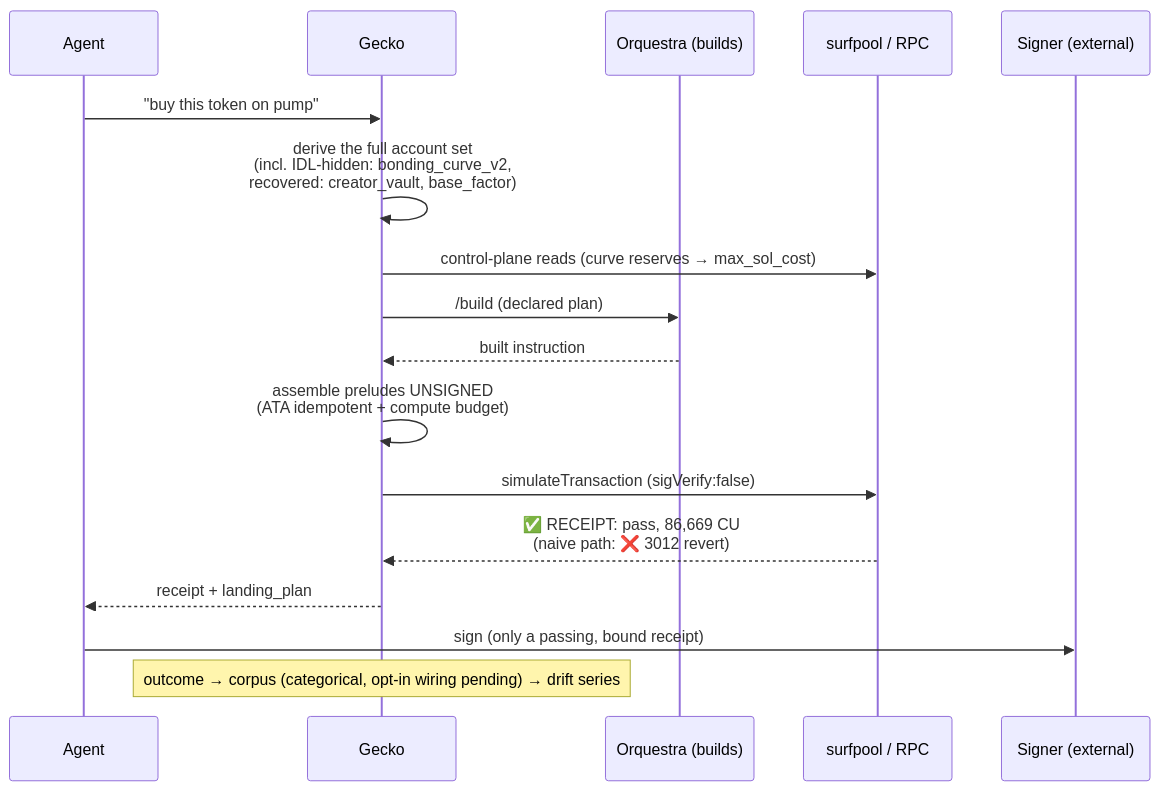
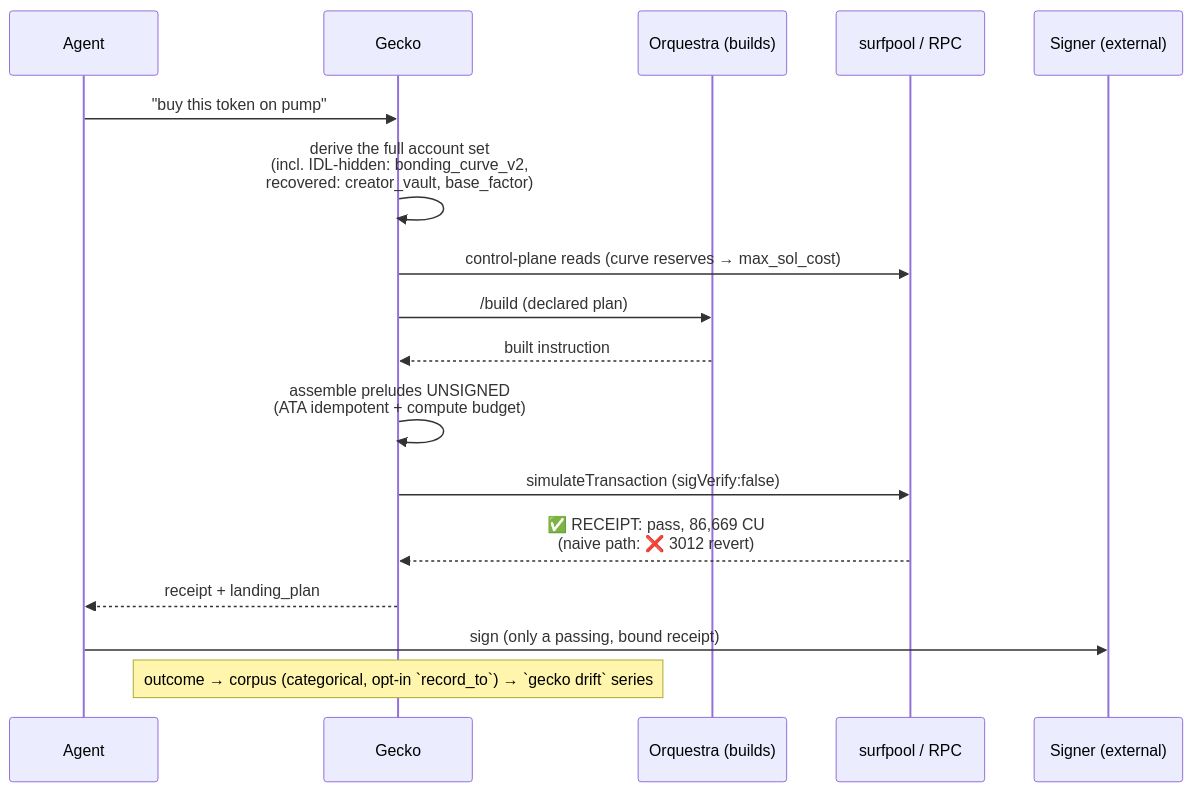
The third of 3 diagrams in docs/architecture.md (GeckoVision/gecko-surf), drawn with Mermaid before and after one commit. The commit also changed other lines of this file and 13 other files, not shown here.

````diff
--- a/docs/architecture.md
+++ b/docs/architecture.md
@@ -120,20 +120,20 @@
 ```mermaid
 sequenceDiagram
     participant A as Agent
     participant G as Gecko
     participant O as Orquestra (builds)
     participant S as surfpool / RPC
     participant W as Signer (external)
 
     A->>G: "buy this token on pump"
     G->>G: derive the full account set<br/>(incl. IDL-hidden: bonding_curve_v2,<br/>recovered: creator_vault, base_factor)
     G->>S: control-plane reads (curve reserves → max_sol_cost)
     G->>O: /build (declared plan)
     O-->>G: built instruction
     G->>G: assemble preludes UNSIGNED<br/>(ATA idempotent + compute budget)
     G->>S: simulateTransaction (sigVerify:false)
     S-->>G: ✅ RECEIPT: pass, 86,669 CU<br/>(naive path: ❌ 3012 revert)
     G-->>A: receipt + landing_plan
     A->>W: sign (only a passing, bound receipt)
-    Note over G: outcome → corpus (categorical, opt-in wiring pending) → drift series
+    Note over G: outcome → corpus (categorical, opt-in `record_to`) → `gecko drift` series
 ```
````
